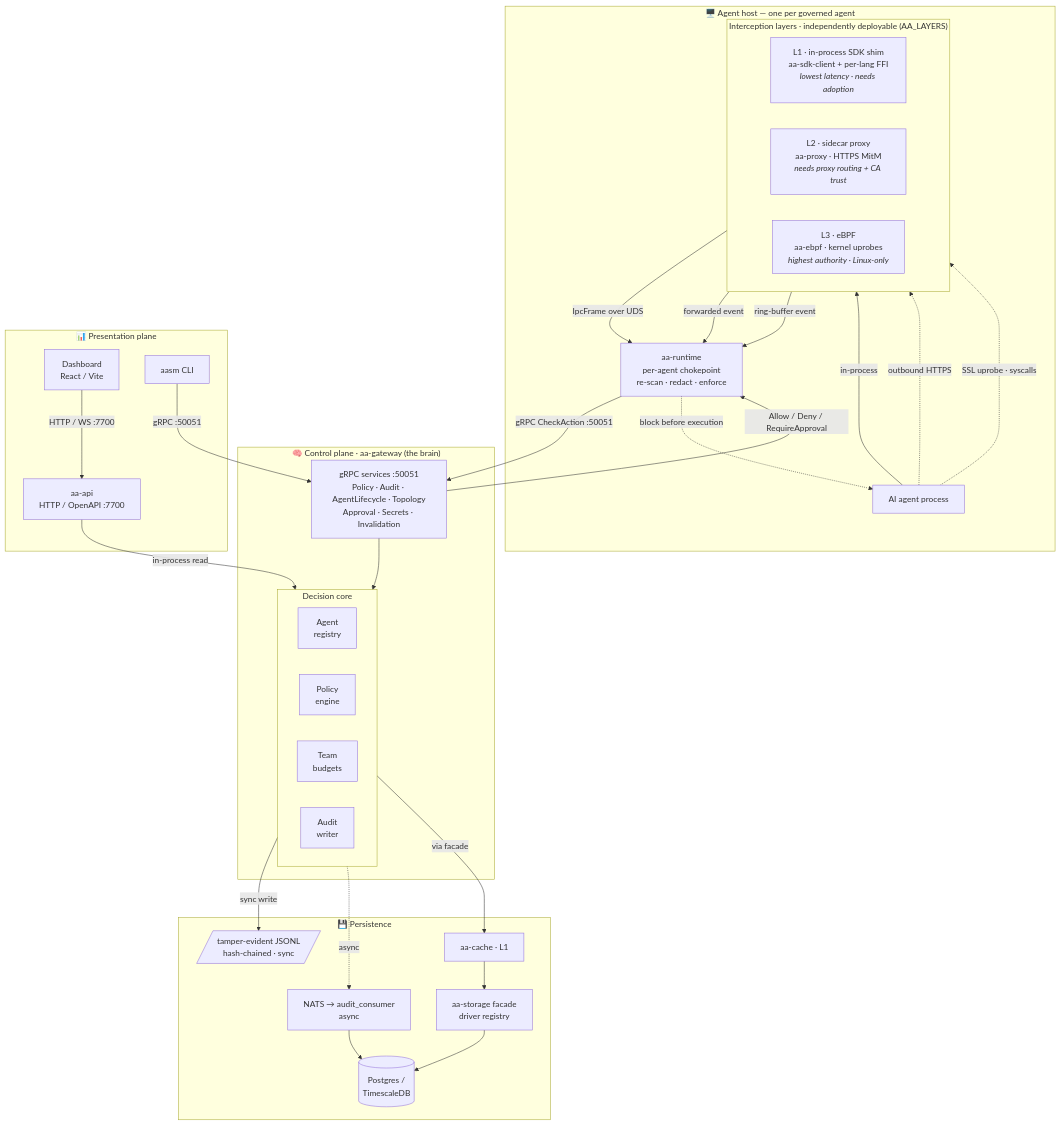
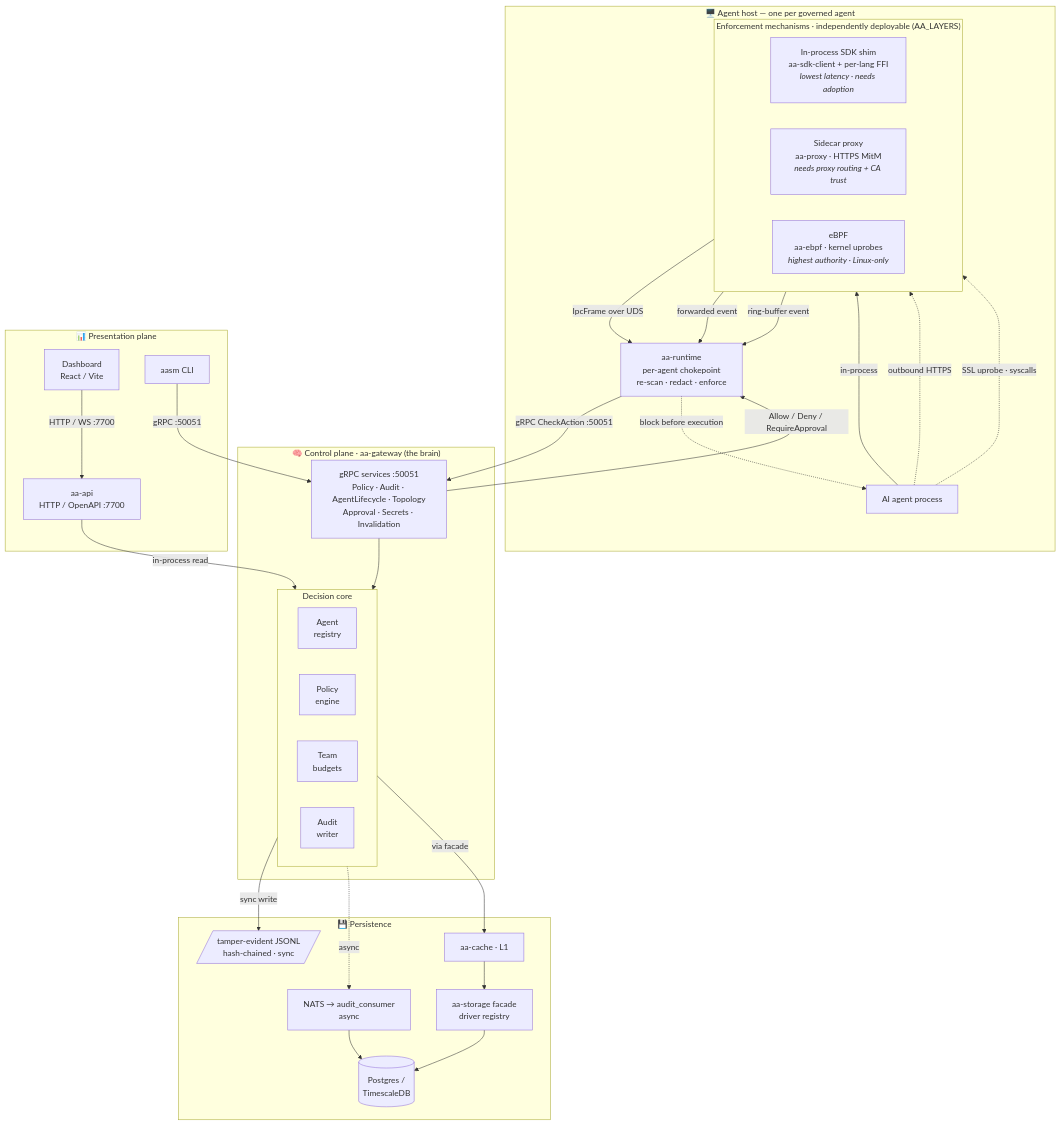
Before and after one commit to ai-agent-assembly/agent-assembly: the first of 2 diagrams in docs/src/architecture/infra-overview.md, drawn with Mermaid. The commit also changed other lines of this file and 3 other files, not shown here.

First line of the commit message:
📝 (docs): Re-term architecture components/workflows/infra pages

````diff
--- a/docs/src/architecture/infra-overview.md
+++ b/docs/src/architecture/infra-overview.md
@@ -58,61 +59,61 @@
 ```mermaid
 flowchart TB
     subgraph HOST["🖥️ Agent host — one per governed agent"]
         AGENT["AI agent process"]
-        subgraph LAYERS["Interception layers · independently deployable (AA_LAYERS)"]
+        subgraph LAYERS["Enforcement mechanisms · independently deployable (AA_LAYERS)"]
             direction LR
-            L1["L1 · in-process SDK shim<br/>aa-sdk-client + per-lang FFI<br/><i>lowest latency · needs adoption</i>"]
-            L2["L2 · sidecar proxy<br/>aa-proxy · HTTPS MitM<br/><i>needs proxy routing + CA trust</i>"]
-            L3["L3 · eBPF<br/>aa-ebpf · kernel uprobes<br/><i>highest authority · Linux-only</i>"]
+            L1["In-process SDK shim<br/>aa-sdk-client + per-lang FFI<br/><i>lowest latency · needs adoption</i>"]
+            L2["Sidecar proxy<br/>aa-proxy · HTTPS MitM<br/><i>needs proxy routing + CA trust</i>"]
+            L3["eBPF<br/>aa-ebpf · kernel uprobes<br/><i>highest authority · Linux-only</i>"]
         end
         RT["aa-runtime<br/>per-agent chokepoint<br/>re-scan · redact · enforce"]
     end
 
     subgraph CTRL["🧠 Control plane · aa-gateway (the brain)"]
         GRPC["gRPC services :50051<br/>Policy · Audit · AgentLifecycle · Topology<br/>Approval · Secrets · Invalidation"]
         subgraph BRAIN["Decision core"]
             direction LR
             REG["Agent<br/>registry"]
             POL["Policy<br/>engine"]
             BUD["Team<br/>budgets"]
             AUD["Audit<br/>writer"]
         end
     end
 
     subgraph DATA["💾 Persistence"]
         CACHE["aa-cache · L1"]
         STORE["aa-storage facade<br/>driver registry"]
         DB[("Postgres /<br/>TimescaleDB")]
         JSONL[/"tamper-evident JSONL<br/>hash-chained · sync"/]
         NATSQ["NATS → audit_consumer<br/>async"]
     end
 
     subgraph PRES["📊 Presentation plane"]
         API["aa-api<br/>HTTP / OpenAPI :7700"]
         DASH["Dashboard<br/>React / Vite"]
         CLI["aasm CLI"]
     end
 
     AGENT -->|in-process| L1
     AGENT -.->|outbound HTTPS| L2
     AGENT -.->|SSL uprobe · syscalls| L3
     L1 -->|IpcFrame over UDS| RT
     L2 -->|forwarded event| RT
     L3 -->|ring-buffer event| RT
 
     RT -->|"gRPC CheckAction :50051"| GRPC
     GRPC -->|"Allow / Deny / RequireApproval"| RT
     RT -.->|block before execution| AGENT
     GRPC --> BRAIN
 
     BRAIN -->|via facade| CACHE
     CACHE --> STORE
     STORE --> DB
     AUD -->|sync write| JSONL
     AUD -.->|async| NATSQ
     NATSQ --> DB
 
     DASH -->|HTTP / WS :7700| API
     CLI -->|gRPC :50051| GRPC
     API -->|in-process read| BRAIN
 ```
````
